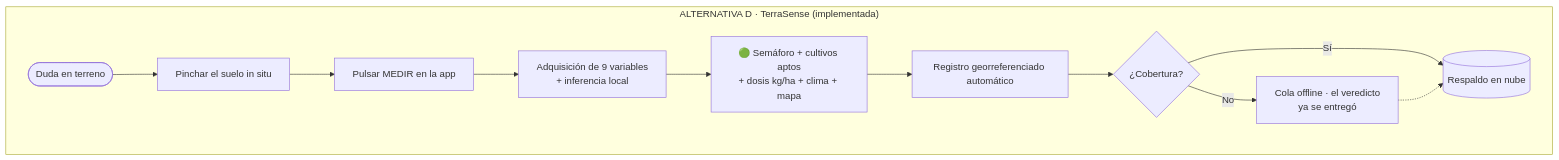
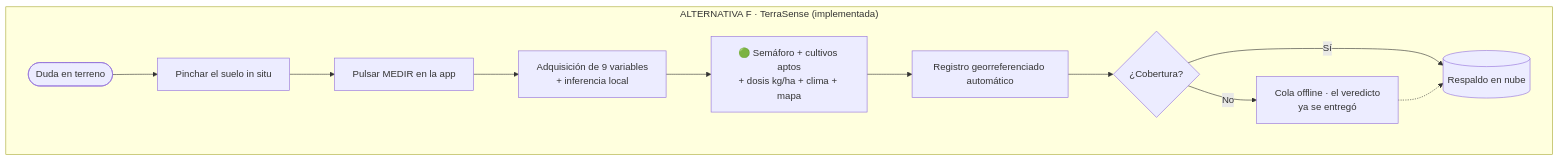
One commit to Alvarinhoooo7/TerraSence changed the eighth of 10 diagrams in README.md. Above: the diagram before and after it, drawn with Mermaid. The commit also changed other lines of this file, not shown here.

````diff
--- a/README.md
+++ b/README.md
@@ -911,14 +1189,14 @@
 ```mermaid
 flowchart TD
-    subgraph ALT_D["ALTERNATIVA D · TerraSense (implementada)"]
+    subgraph ALT_F["ALTERNATIVA F · TerraSense (implementada)"]
         D1([Duda en terreno]) --> D2[Pinchar el suelo in situ]
         D2 --> D3[Pulsar MEDIR en la app]
         D3 --> D4[Adquisición de 9 variables<br/>+ inferencia local]
         D4 --> D5[🟢 Semáforo + cultivos aptos<br/>+ dosis kg/ha + clima + mapa]
         D5 --> D6[Registro georreferenciado automático]
         D6 --> D7{¿Cobertura?}
         D7 -- No --> D8[Cola offline · el veredicto<br/>ya se entregó]
         D7 -- Sí --> D9[(Respaldo en nube)]
         D8 -.-> D9
     end
 ```
````
